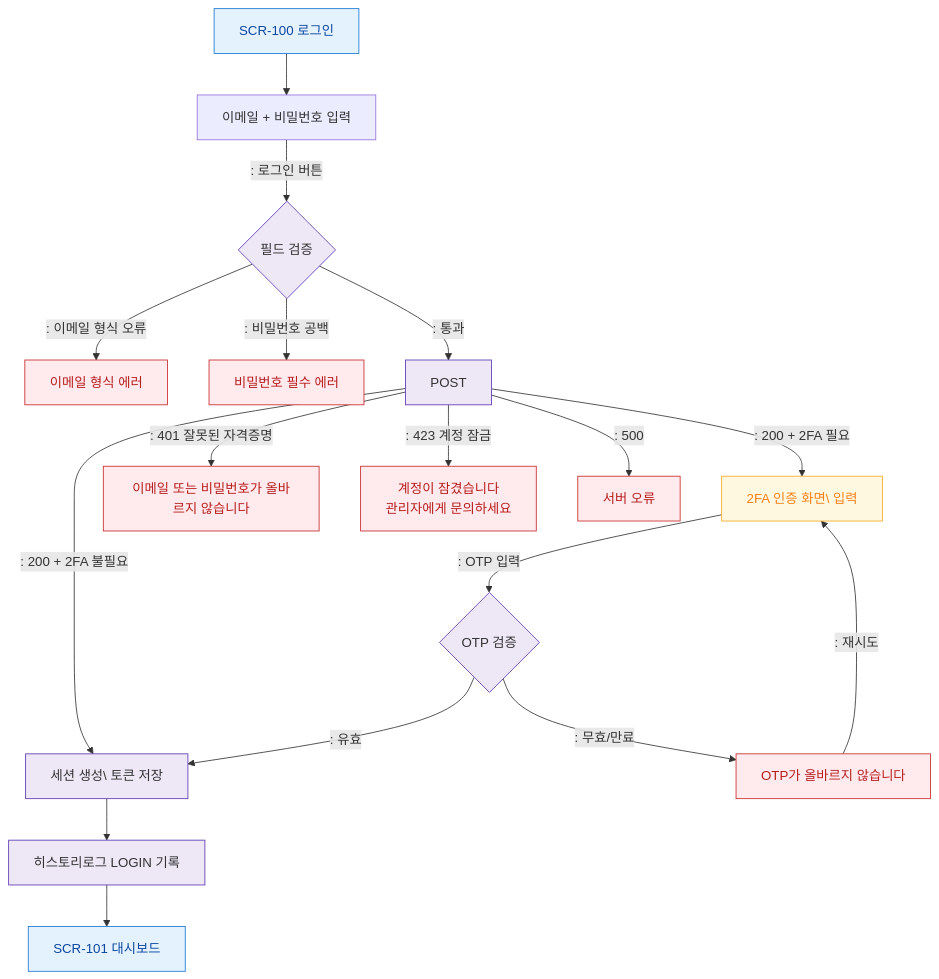
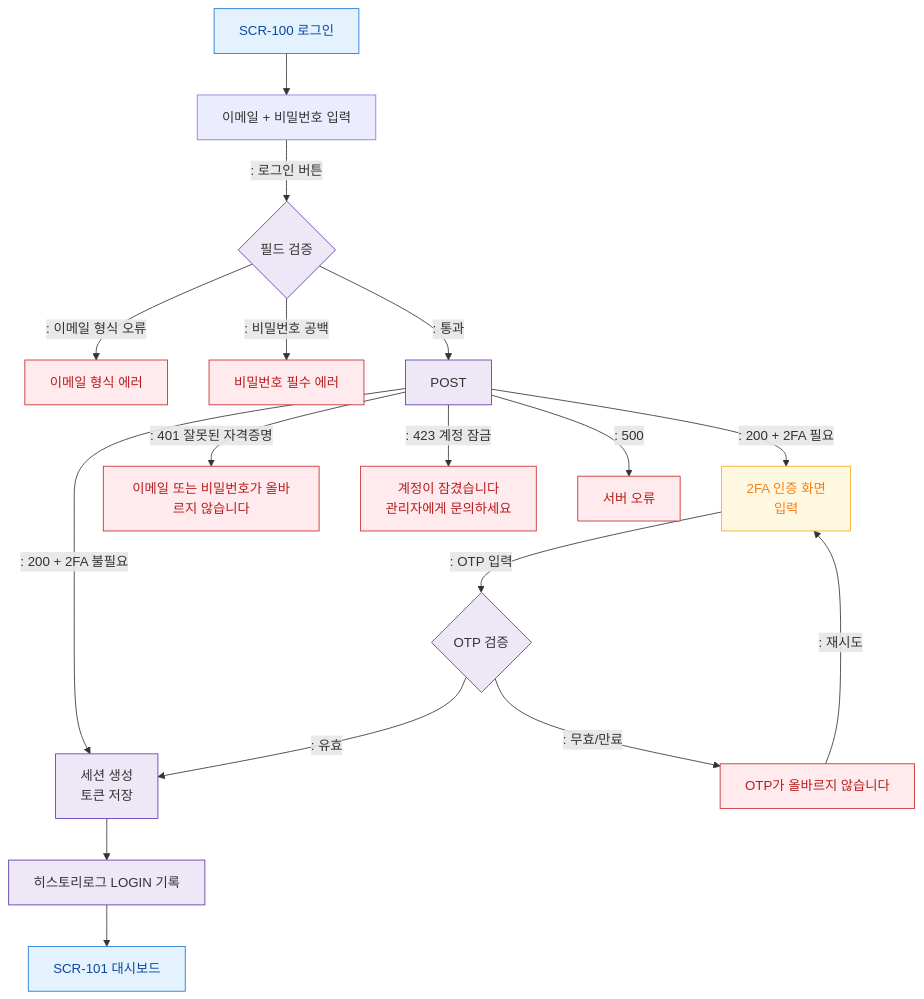
Before and after one commit to dev-spogym/admin-pando: the diagram in docs/admin/다이어그램/D01_공통/SCR-100_로그인/F2_메인.md, drawn with Mermaid. The commit also changed 369 other files, not shown here.

````diff
--- a/docs/admin/다이어그램/D01_공통/SCR-100_로그인/F2_메인.md
+++ b/docs/admin/다이어그램/D01_공통/SCR-100_로그인/F2_메인.md
@@ -17,33 +17,33 @@
 ```mermaid
 flowchart TD
     SCR_100[SCR-100 로그인] --> INPUT[이메일 + 비밀번호 입력]
     INPUT -->|": 로그인 버튼"|VALID{필드 검증}
 
     VALID -->|": 이메일 형식 오류"|ERR_EMAIL[이메일 형식 에러]
     VALID -->|": 비밀번호 공백"|ERR_PW[비밀번호 필수 에러]
     VALID -->|": 통과"|API[POST]
 
-    API -->|": 200 + 2FA 필요"|TWO_FA[2FA 인증 화면\ 입력]
-    API -->|": 200 + 2FA 불필요"|SESSION[세션 생성\ 토큰 저장]
+    API -->|": 200 + 2FA 필요"|TWO_FA[2FA 인증 화면<br/> 입력]
+    API -->|": 200 + 2FA 불필요"|SESSION[세션 생성<br/> 토큰 저장]
     API -->|": 401 잘못된 자격증명"|ERR_CRED[이메일 또는 비밀번호가 올바르지 않습니다]
     API -->|": 423 계정 잠금"|ERR_LOCK[계정이 잠겼습니다\n관리자에게 문의하세요]
     API -->|": 500"|ERR_500[서버 오류]
 
     TWO_FA -->|": OTP 입력"|OTP_VALID{OTP 검증}
     OTP_VALID -->|": 유효"|SESSION
     OTP_VALID -->|": 무효/만료"|ERR_OTP[OTP가 올바르지 않습니다]
     ERR_OTP -->|": 재시도"|TWO_FA
 
     SESSION --> AUDIT[히스토리로그 LOGIN 기록]
     AUDIT --> DASH[SCR-101 대시보드]
 
     classDef screen fill:#E3F2FD,stroke:#1976D2,color:#0D47A1
     classDef system fill:#EDE7F6,stroke:#5E35B2
     classDef error fill:#FFEBEE,stroke:#C62828,color:#B71C1C
     classDef success fill:#E8F5E9,stroke:#2E7D32,color:#1B5E20
     classDef warning fill:#FFF8E1,stroke:#F9A825,color:#F57F17
     class SCR_100,DASH screen
     class VALID,API,OTP_VALID,SESSION,AUDIT system
     class ERR_EMAIL,ERR_PW,ERR_CRED,ERR_LOCK,ERR_500,ERR_OTP error
     class TWO_FA warning
 ```
````
